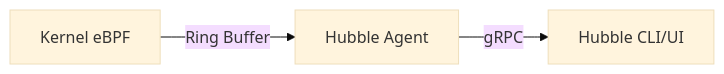
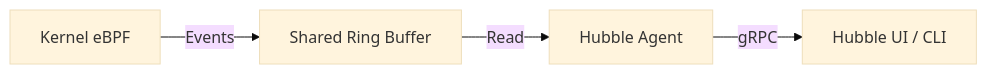
Before and after one commit to Dev10-sys/cilium-pillar-pages-proposal: the sixth of 7 diagrams in proposals/LFX_Mentorship_Proposal.md, drawn with Mermaid (base theme). The commit also changed other lines of this file, not shown here.

Commit message:
Expand local proposal with full 8-pillar technical breakdown and Mermaid diagrams

````diff
--- a/proposals/LFX_Mentorship_Proposal.md
+++ b/proposals/LFX_Mentorship_Proposal.md
@@ -368,5 +296,6 @@
 ```mermaid
 flowchart LR
-    Kernel[Kernel eBPF] -->|Ring Buffer| Agent[Hubble Agent]
-    Agent -->|gRPC| CLI[Hubble CLI/UI]
+    Kernel[Kernel eBPF] -->|Events| RingBuffer[Shared Ring Buffer]
+    RingBuffer -->|Read| Userspace[Hubble Agent]
+    Userspace -->|gRPC| UI[Hubble UI / CLI]
 ```
````
